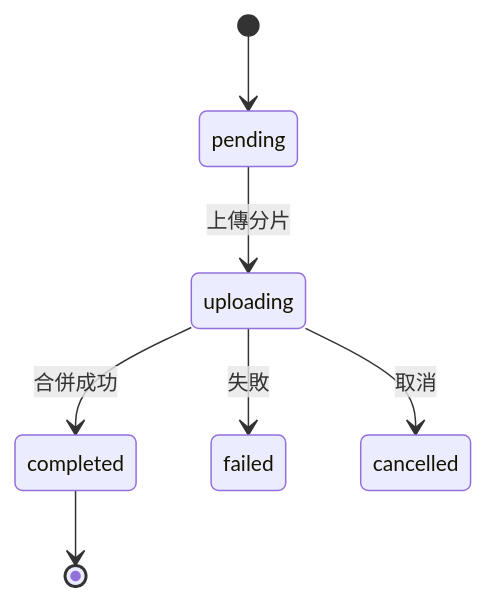
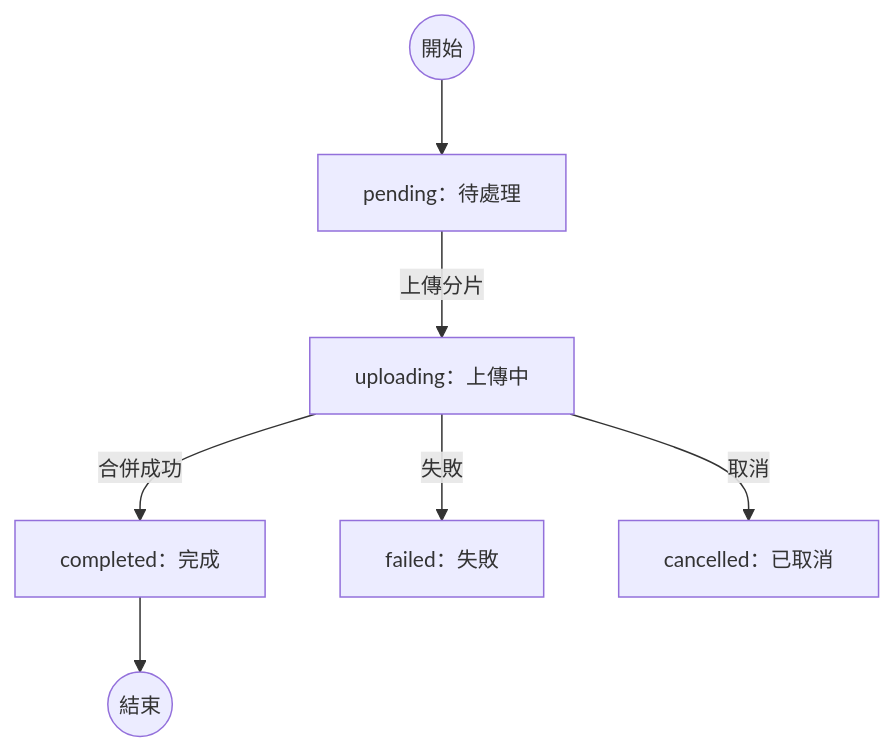
The tenth of 10 diagrams in doc/detailed-design.md (billwu101/CloudDrive), drawn with Mermaid before and after one commit. The commit also changed other lines of this file, not shown here.

First line of the commit message:
docs(detailed-design): 統一圖表視覺——兩張狀態機改 flowchart

````diff
--- a/doc/detailed-design.md
+++ b/doc/detailed-design.md
@@ -366,10 +366,10 @@
 ```mermaid
 %%{init: {'theme':'default','themeVariables':{'fontFamily':'Trebuchet MS, Helvetica, Arial, sans-serif','fontSize':'14px','actorFontSize':'14px','messageFontSize':'14px','noteFontSize':'13px'}}}%%
-stateDiagram-v2
-  [*] --> pending
-  pending --> uploading: 上傳分片
-  uploading --> completed: 合併成功
-  uploading --> failed: 失敗
-  uploading --> cancelled: 取消
-  completed --> [*]
+flowchart TD
+  S((開始)) --> pending["pending：待處理"]
+  pending -->|上傳分片| uploading["uploading：上傳中"]
+  uploading -->|合併成功| completed["completed：完成"]
+  uploading -->|失敗| failed["failed：失敗"]
+  uploading -->|取消| cancelled["cancelled：已取消"]
+  completed --> E((結束))
 ```
````
